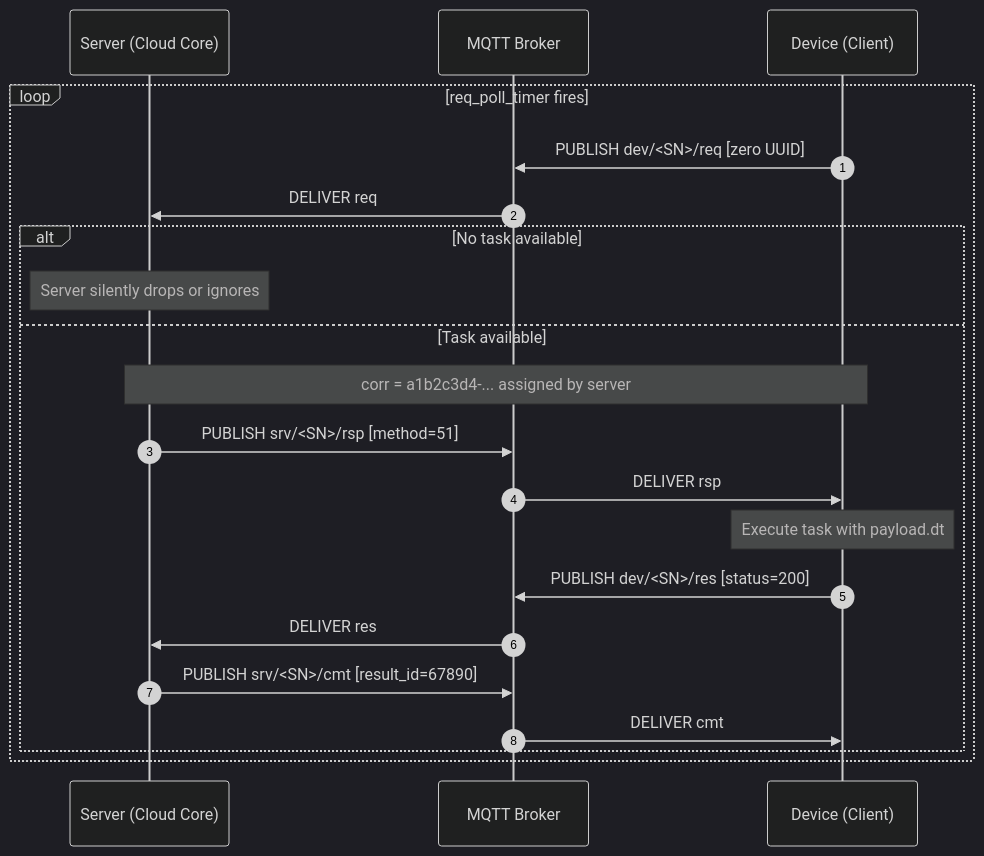
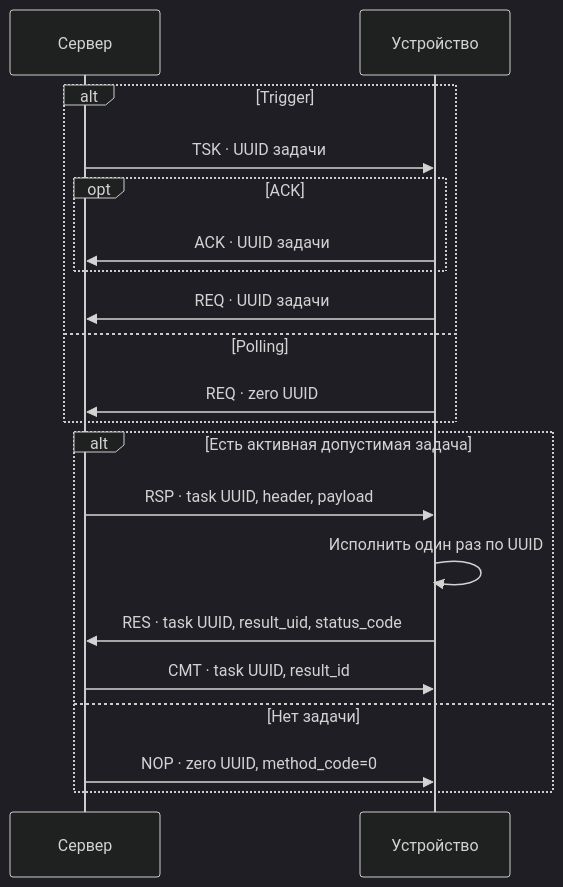
Before and after one commit to OlegLebedevRU/iot-rpc-rest-app: the second of 2 diagrams in docs/mqtt-rpc-client-flow.md, drawn with Mermaid (dark theme). The commit also changed other lines of this file and 25 other files, not shown here.

````diff
--- a/docs/mqtt-rpc-client-flow.md
+++ b/docs/mqtt-rpc-client-flow.md
@@ -113,28 +33,22 @@
 ```mermaid
 sequenceDiagram
-    autonumber
-    participant S  as Server (Cloud Core)
-    participant B  as MQTT Broker
-    participant D  as Device (Client)
-
-    loop req_poll_timer fires
-        D ->> B : PUBLISH dev/<SN>/req [zero UUID]
-        B ->> S : DELIVER req
-
-        alt No task available
-            Note over S: Server silently drops or ignores
-        else Task available
-            Note over S,D: corr = a1b2c3d4-... assigned by server
-            S  ->> B : PUBLISH srv/<SN>/rsp [method=51]
-            B  ->> D : DELIVER rsp
-
-            Note over D: Execute task with payload.dt
-
-            D  ->> B : PUBLISH dev/<SN>/res [status=200]
-            B  ->> S : DELIVER res
-
-            S  ->> B : PUBLISH srv/<SN>/cmt [result_id=67890]
-            B  ->> D : DELIVER cmt
+    participant S as Сервер
+    participant D as Устройство
+    alt Trigger
+        S->>D: TSK · UUID задачи
+        opt ACK
+            D->>S: ACK · UUID задачи
         end
+        D->>S: REQ · UUID задачи
+    else Polling
+        D->>S: REQ · zero UUID
+    end
+    alt Есть активная допустимая задача
+        S->>D: RSP · task UUID, header, payload
+        D->>D: Исполнить один раз по UUID
+        D->>S: RES · task UUID, result_uid, status_code
+        S->>D: CMT · task UUID, result_id
+    else Нет задачи
+        S->>D: NOP · zero UUID, method_code=0
     end
 ```
````
